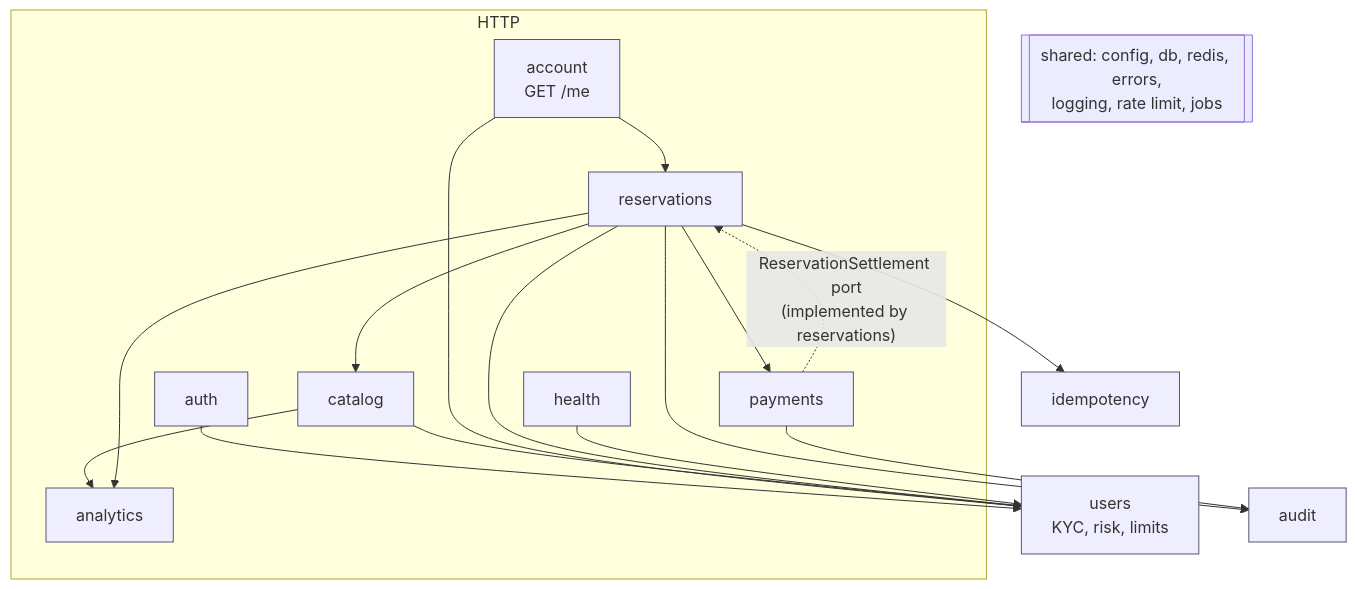
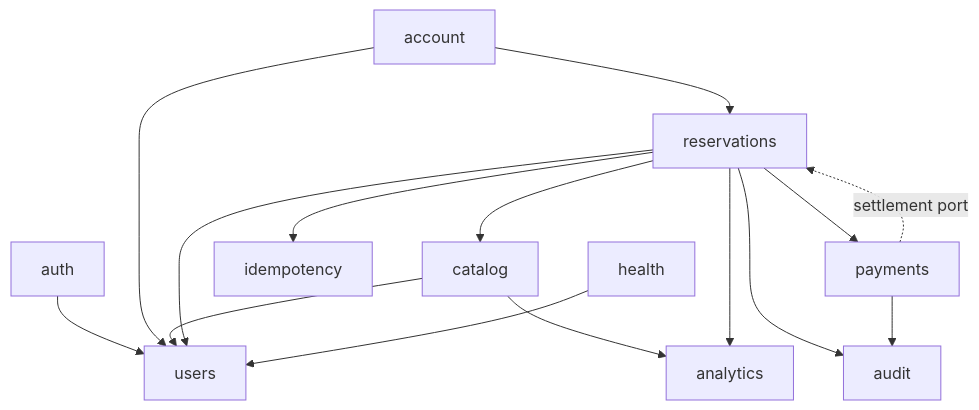
One commit to ehamamrah/Pokunity changed the second of 3 diagrams in docs/architecture/overview.md. Above: the diagram before and after it, drawn with Mermaid. The commit also changed other lines of this file and 12 other files, not shown here.

Commit message:
Shorten architecture, frontend and performance docs

````diff
--- a/docs/architecture/overview.md
+++ b/docs/architecture/overview.md
@@ -40,25 +35,10 @@
 ```mermaid
 flowchart TB
-  subgraph HTTP
-    auth[auth]:::m
-    account[account<br/>GET /me]:::m
-    catalog[catalog]:::m
-    reservations[reservations]:::m
-    payments[payments]:::m
-    analytics[analytics]:::m
-    health[health]:::m
-  end
-  users[users<br/>KYC, risk, limits]:::m
-  idem[idempotency]:::m
-  audit[audit]:::m
-  shared[[shared: config, db, redis, errors,<br/>logging, rate limit, jobs]]
-
   auth --> users
   account --> users & reservations
   catalog --> users & analytics
-  reservations --> catalog & users & payments & analytics & audit & idem
+  reservations --> catalog & users & payments & analytics & audit & idempotency
   payments --> audit
-  payments -. ReservationSettlement port<br/>(implemented by reservations) .-> reservations
+  payments -. "settlement port" .-> reservations
   health --> users
-  classDef m fill:#eef,stroke:#557;
 ```
````
